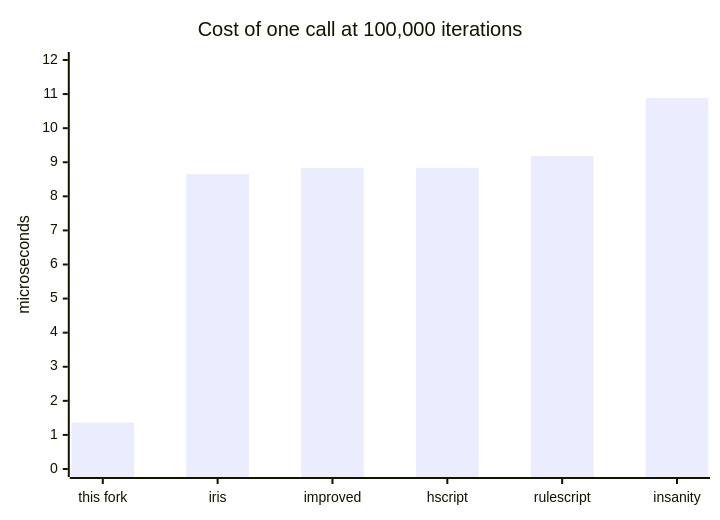
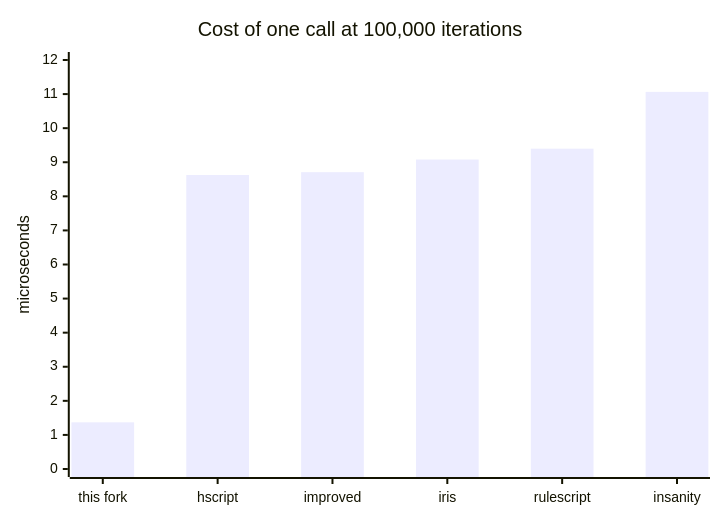
Before and after one commit to MeguminBOT/hscript-insanity: the second of 2 diagrams in docs/benchmarks.md, drawn with Mermaid. The commit also changed other lines of this file and 1 other file, not shown here.

````diff
--- a/docs/benchmarks.md
+++ b/docs/benchmarks.md
@@ -153,7 +153,7 @@
 ```mermaid
 xychart-beta
     title "Cost of one call at 100,000 iterations"
-    x-axis ["this fork", "iris", "improved", "hscript", "rulescript", "insanity"]
+    x-axis ["this fork", "hscript", "improved", "iris", "rulescript", "insanity"]
     y-axis "microseconds" 0 --> 12
-    bar [1.366, 8.650, 8.833, 8.837, 9.185, 10.882]
+    bar [1.370, 8.627, 8.708, 9.080, 9.398, 11.064]
 ```
````
